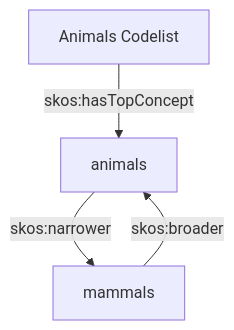
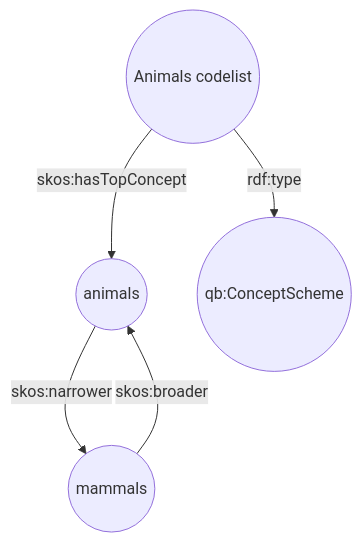
The ninth of 10 diagrams in README.md (ONSdigital/application-profile), drawn with Mermaid before and after one commit. The commit also changed other lines of this file, not shown here.

````diff
--- a/README.md
+++ b/README.md
@@ -1494,6 +1474,7 @@
 ```mermaid
 flowchart TD
-    Animals[Animals Codelist] -->|skos:hasTopConcept| animals
-    animals -->|skos:narrower| mammals
+    Animals((Animals codelist)) -->|skos:hasTopConcept| animals((animals))
+    Animals((Animals codelist)) -->|rdf:type| qb:ConceptScheme((qb:ConceptScheme))
+    animals -->|skos:narrower| mammals((mammals))
     mammals -->|skos:broader| animals
 ```
````
